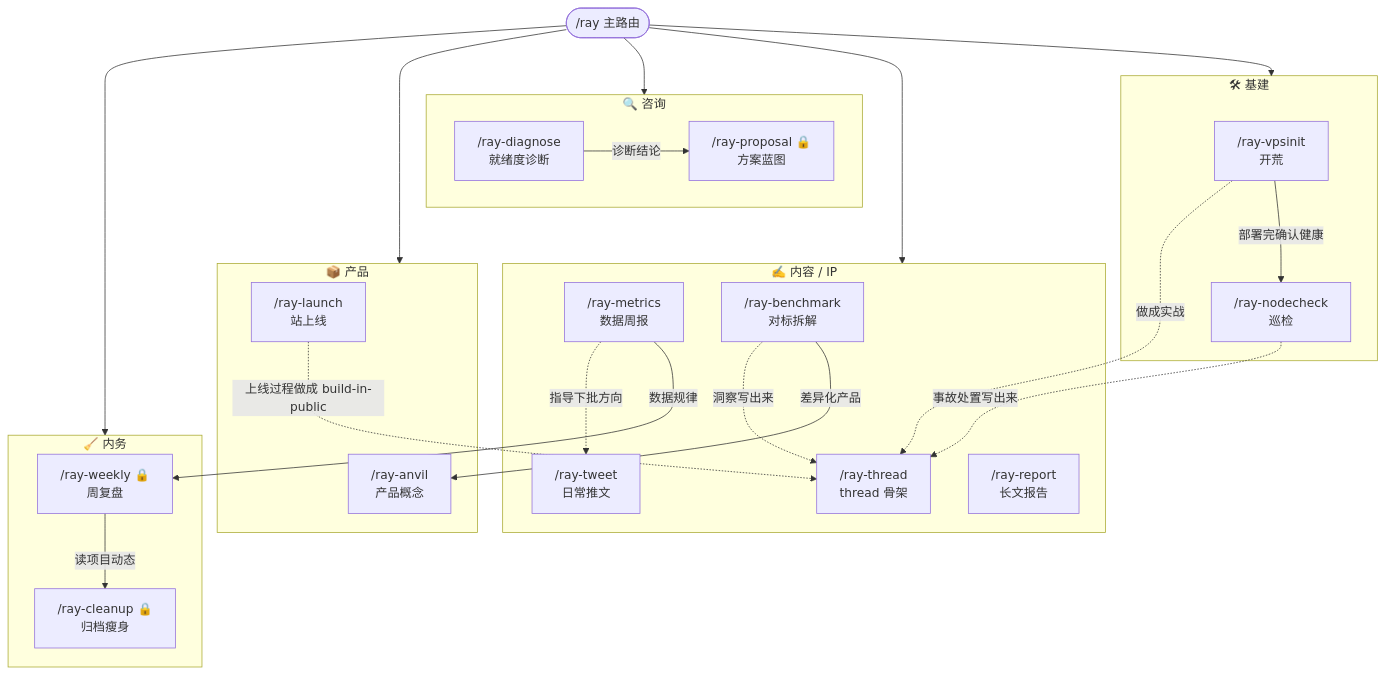
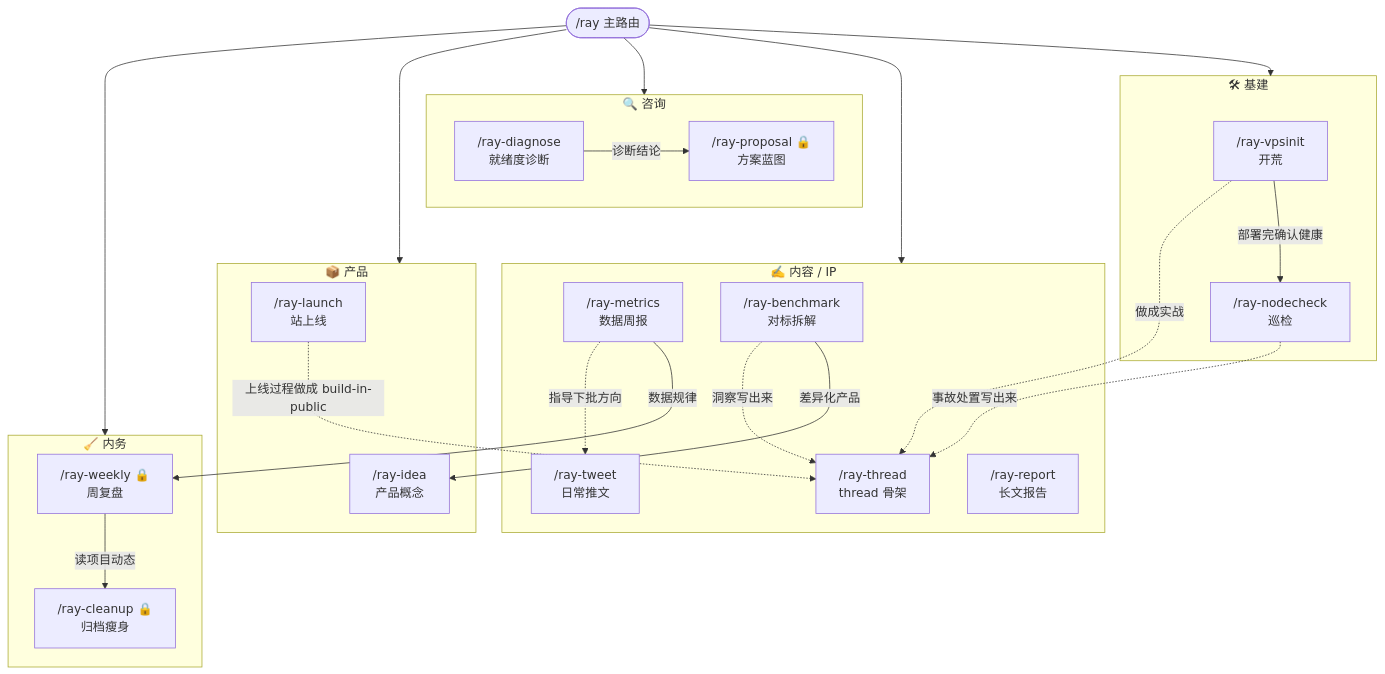
One commit to imraywang/rayskills changed the diagram in docs/skill-link-map.md. Above: the diagram before and after it, drawn with Mermaid. The commit also changed other lines of this file and 6 other files, not shown here.

First line of the commit message:
ray-anvil → ray-idea:命令名改直白

````diff
--- a/docs/skill-link-map.md
+++ b/docs/skill-link-map.md
@@ -5,42 +5,42 @@
 ```mermaid
 flowchart TD
     RAY(["/ray 主路由"])
 
     subgraph INFRA["🛠 基建"]
         VPSINIT["/ray-vpsinit\n开荒"]
         NODECHECK["/ray-nodecheck\n巡检"]
     end
     subgraph CONTENT["✍️ 内容 / IP"]
         THREAD["/ray-thread\nthread 骨架"]
         TWEET["/ray-tweet\n日常推文"]
         METRICS["/ray-metrics\n数据周报"]
         BENCH["/ray-benchmark\n对标拆解"]
         REPORT["/ray-report\n长文报告"]
     end
     subgraph CONSULT["🔍 咨询"]
         DIAG["/ray-diagnose\n就绪度诊断"]
         PROP["/ray-proposal 🔒\n方案蓝图"]
     end
     subgraph PRODUCT["📦 产品"]
-        ANVIL["/ray-anvil\n产品概念"]
+        ANVIL["/ray-idea\n产品概念"]
         LAUNCH["/ray-launch\n站上线"]
     end
     subgraph OPS["🧹 内务"]
         WEEKLY["/ray-weekly 🔒\n周复盘"]
         CLEANUP["/ray-cleanup 🔒\n归档瘦身"]
     end
 
     RAY --> INFRA & CONTENT & CONSULT & PRODUCT & OPS
 
     %% 常见衔接
     DIAG -->|诊断结论| PROP
     VPSINIT -->|部署完确认健康| NODECHECK
     VPSINIT -.->|做成实战| THREAD
     NODECHECK -.->|事故处置写出来| THREAD
     LAUNCH -.->|上线过程做成 build-in-public| THREAD
     BENCH -->|差异化产品| ANVIL
     BENCH -.->|洞察写出来| THREAD
     METRICS -->|数据规律| WEEKLY
     METRICS -.->|指导下批方向| TWEET
     WEEKLY -->|读项目动态| CLEANUP
 ```
````
